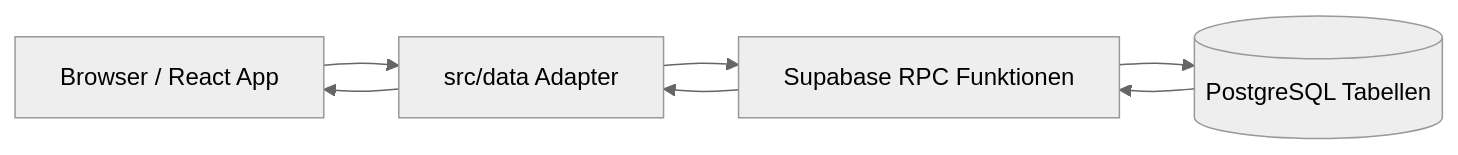
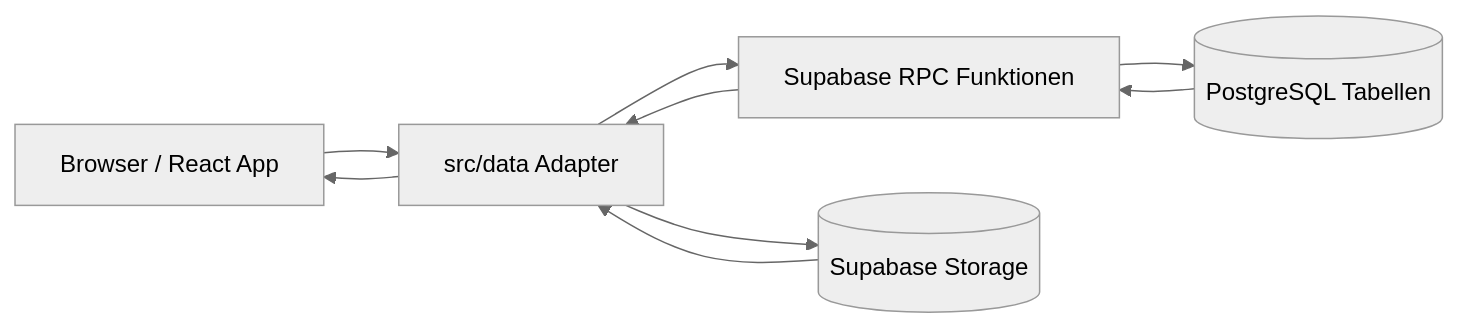
Before and after one commit to SpechtJohannes/hurricane-awards: the diagram in docs/architecture.md, drawn with Mermaid (neutral theme). The commit also changed other lines of this file and 11 other files, not shown here.

````diff
--- a/docs/architecture.md
+++ b/docs/architecture.md
@@ -9,14 +9,17 @@
 ```mermaid
 flowchart LR
   Browser[Browser / React App]
   Data[src/data Adapter]
   RPC[Supabase RPC Funktionen]
+  Storage[(Supabase Storage)]
   DB[(PostgreSQL Tabellen)]
 
   Browser --> Data
   Data --> RPC
+  Data --> Storage
   RPC --> DB
   DB --> RPC
   RPC --> Data
+  Storage --> Data
   Data --> Browser
 ```
````
